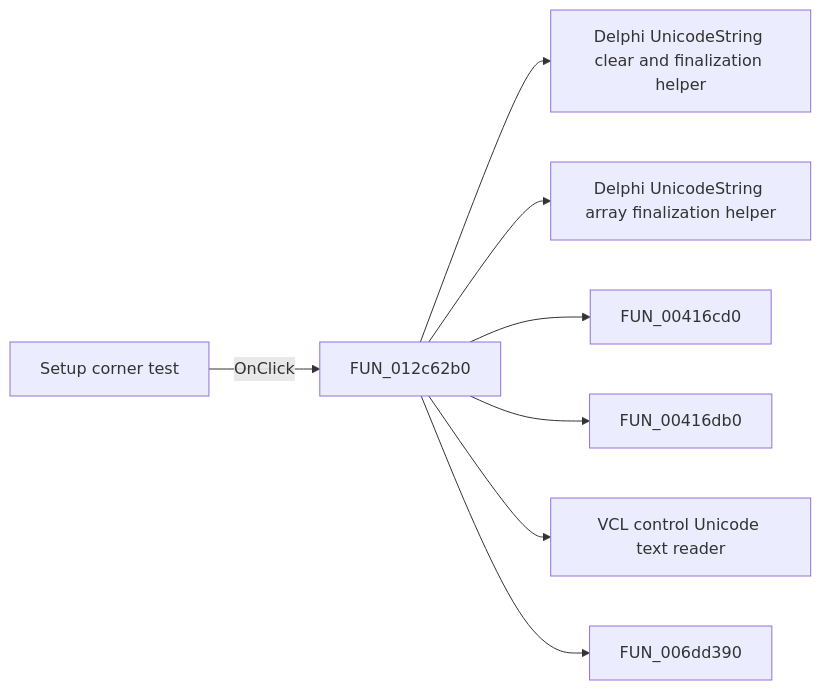
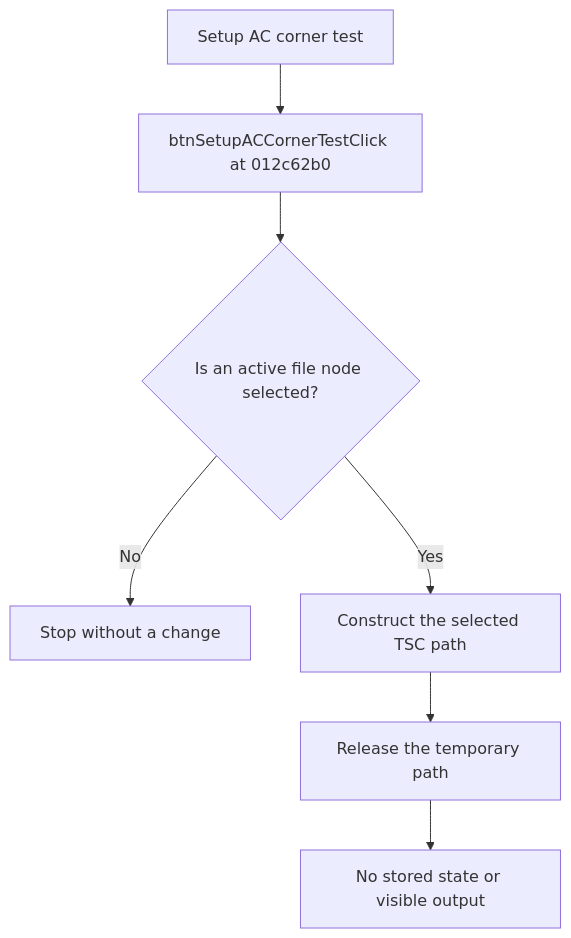
Before and after one commit to MovGP0/TIARA: the diagram in docs/ui-controls/frmtestbencheditor/btnsetupaccornertest-d850c5f49b.md, drawn with Mermaid. The commit also changed other lines of this file and 387 other files, not shown here.

````diff
--- a/docs/ui-controls/frmtestbencheditor/btnsetupaccornertest-d850c5f49b.md
+++ b/docs/ui-controls/frmtestbencheditor/btnsetupaccornertest-d850c5f49b.md
@@ -27,10 +19,9 @@
 ```mermaid
-flowchart LR
-    control["Setup corner test"] -->|OnClick| handler["FUN_012c62b0"]
-    handler --> call1["Delphi UnicodeString clear and finalization helper"]
-    handler --> call2["Delphi UnicodeString array finalization helper"]
-    handler --> call3["FUN_00416cd0"]
-    handler --> call4["FUN_00416db0"]
-    handler --> call5["VCL control Unicode text reader"]
-    handler --> call6["FUN_006dd390"]
+flowchart TD
+    control["Setup AC corner test"] --> handler["btnSetupACCornerTestClick at 012c62b0"]
+    handler --> selected{"Is an active file node selected?"}
+    selected -->|No| stop["Stop without a change"]
+    selected -->|Yes| path["Construct the selected TSC path"]
+    path --> release["Release the temporary path"]
+    release --> noEffect["No stored state or visible output"]
 ```
````
